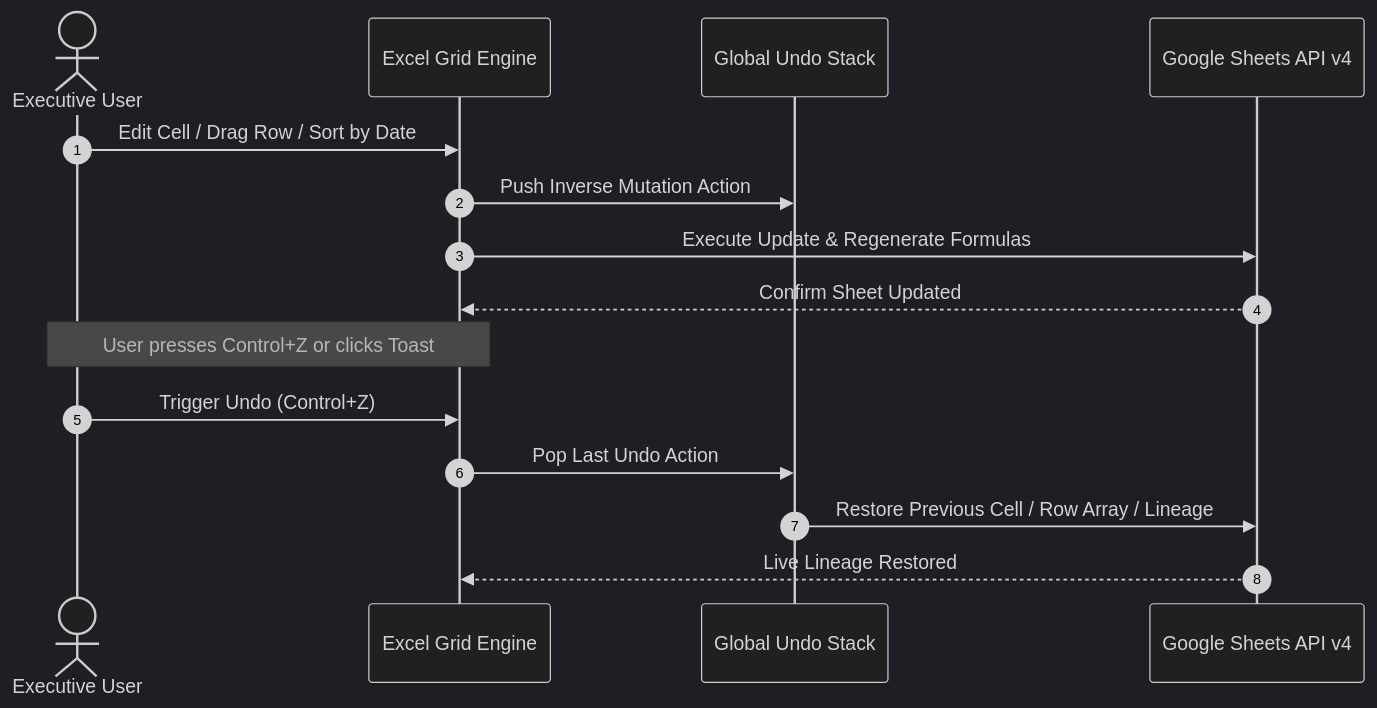
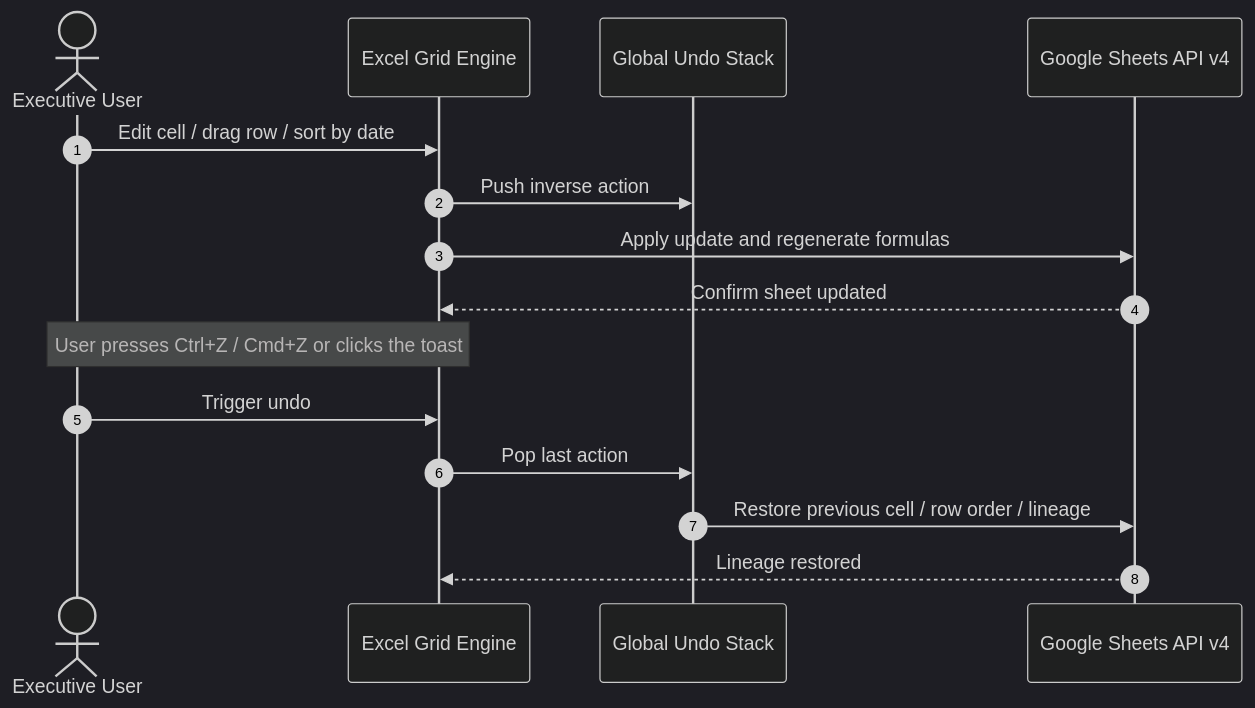
The fourth of 5 diagrams in docs/PRODUCT_DOCUMENTATION.md (Priyanshu-Agrawal/finflow-executive), drawn with Mermaid (dark theme) before and after one commit. The commit also changed other lines of this file and 1 other file, not shown here.

First line of the commit message:
docs: correct README and product docs against code and live sheet

````diff
--- a/docs/PRODUCT_DOCUMENTATION.md
+++ b/docs/PRODUCT_DOCUMENTATION.md
@@ -141,18 +187,18 @@
 ```mermaid
 sequenceDiagram
     autonumber
     actor User as Executive User
     participant Grid as Excel Grid Engine
     participant Undo as Global Undo Stack
     participant Sheets as Google Sheets API v4
-    
-    User->>Grid: Edit Cell / Drag Row / Sort by Date
-    Grid->>Undo: Push Inverse Mutation Action
-    Grid->>Sheets: Execute Update & Regenerate Formulas
-    Sheets-->>Grid: Confirm Sheet Updated
-    Note over User,Grid: User presses Control+Z or clicks Toast
-    User->>Grid: Trigger Undo (Control+Z)
-    Grid->>Undo: Pop Last Undo Action
-    Undo->>Sheets: Restore Previous Cell / Row Array / Lineage
-    Sheets-->>Grid: Live Lineage Restored
+
+    User->>Grid: Edit cell / drag row / sort by date
+    Grid->>Undo: Push inverse action
+    Grid->>Sheets: Apply update and regenerate formulas
+    Sheets-->>Grid: Confirm sheet updated
+    Note over User,Grid: User presses Ctrl+Z / Cmd+Z or clicks the toast
+    User->>Grid: Trigger undo
+    Grid->>Undo: Pop last action
+    Undo->>Sheets: Restore previous cell / row order / lineage
+    Sheets-->>Grid: Lineage restored
 ```
````
